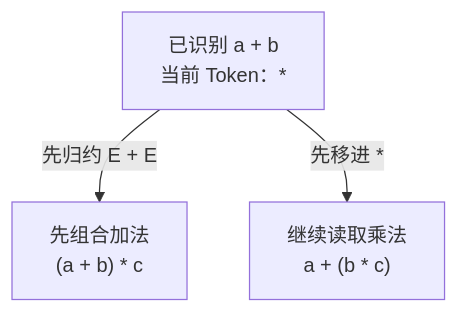
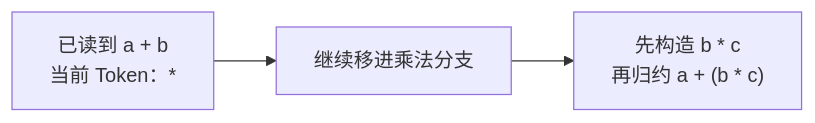
The seventh of 7 diagrams in docs/labs/part2-parser.md (lightsmilew/compiler-principles), drawn with Mermaid before and after one commit. The commit also changed other lines of this file and 8 other files, not shown here.

````diff
--- a/docs/labs/part2-parser.md
+++ b/docs/labs/part2-parser.md
@@ -359,5 +375,5 @@
 ```mermaid
-flowchart TB
-  A["已识别 a + b<br/>当前 Token：*"] -->|"先归约 E + E"| B["先组合加法<br/>(a + b) * c"]
-  A -->|"先移进 *"| C["继续读取乘法<br/>a + (b * c)"]
+flowchart LR
+  A["已读到 a + b<br/>当前 Token：*"] --> B["继续移进乘法分支"]
+  B --> C["先构造 b * c<br/>再归约 a + (b * c)"]
 ```
````
